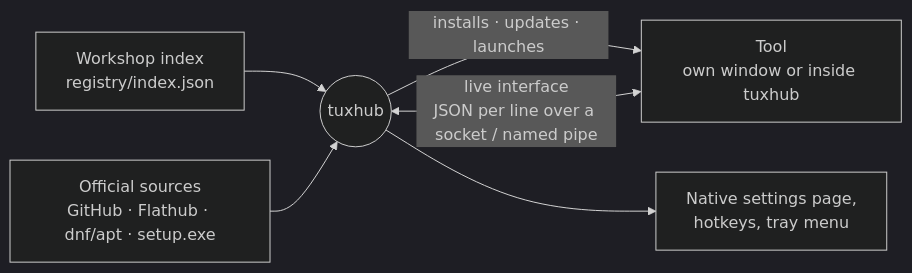
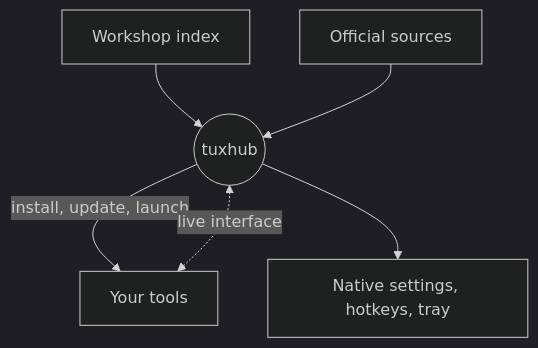
One commit to SirSnolte/tuxhub changed the diagram in README.md. Above: the diagram before and after it, drawn with Mermaid (dark theme). The commit also changed other lines of this file, not shown here.

Commit message:
docs: simpler diagram in the README

````diff
--- a/README.md
+++ b/README.md
@@ -162,8 +162,8 @@
 ```mermaid
-flowchart LR
-    R["Workshop index<br/>registry/index.json"] --> H(("tuxhub"))
-    S["Official sources<br/>GitHub · Flathub · dnf/apt · setup.exe"] --> H
-    H -->|installs · updates · launches| T["Tool<br/>own window or inside tuxhub"]
-    T <-->|"live interface<br/>JSON per line over a socket / named pipe"| H
-    H --> U["Native settings page,<br/>hotkeys, tray menu"]
+flowchart TB
+    R["Workshop index"] --> H((tuxhub))
+    S["Official sources"] --> H
+    H -->|install, update, launch| T["Your tools"]
+    T <-.->|live interface| H
+    H --> U["Native settings, hotkeys, tray"]
 ```
````
